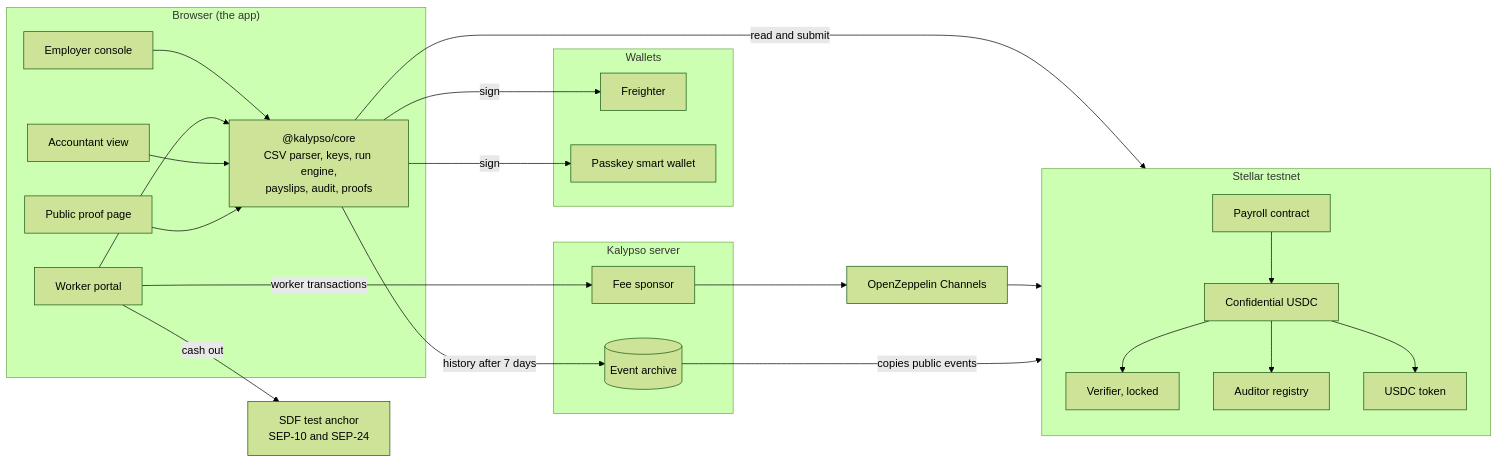
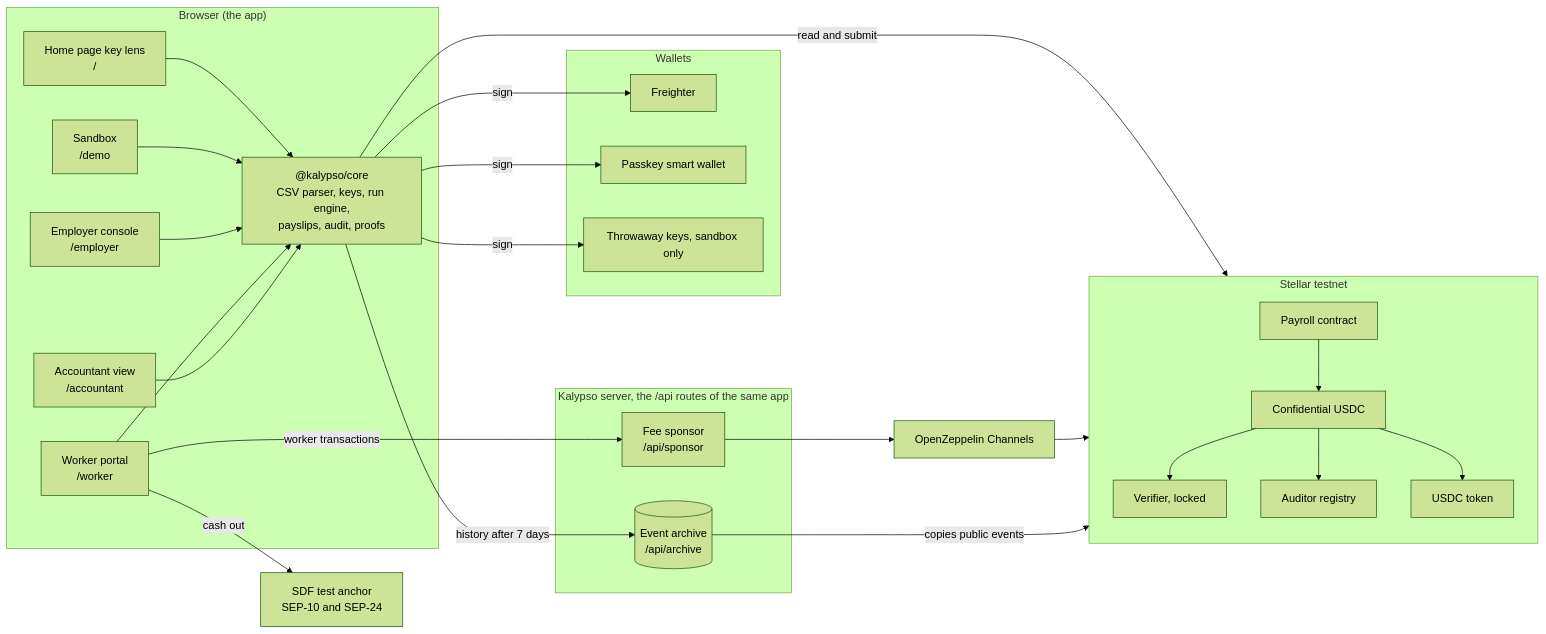
The first of 3 diagrams in ARCHITECTURE.md (ramakrishnanhulk20/Kalypso), drawn with Mermaid (forest theme) before and after one commit. The commit also changed other lines of this file and 253 other files, not shown here.

````diff
--- a/ARCHITECTURE.md
+++ b/ARCHITECTURE.md
@@ -17,44 +17,48 @@
 ```mermaid
 flowchart LR
   subgraph Browser["Browser (the app)"]
-    EC[Employer console]
-    WP[Worker portal]
-    AV[Accountant view]
-    PP[Public proof page]
+    KL["Home page key lens<br/>/"]
+    SB["Sandbox<br/>/demo"]
+    EC["Employer console<br/>/employer"]
+    WP["Worker portal<br/>/worker"]
+    AV["Accountant view<br/>/accountant"]
     CORE["@kalypso/core<br/>CSV parser, keys, run engine,<br/>payslips, audit, proofs"]
   end
   subgraph Wallets
     FR[Freighter]
     PK[Passkey smart wallet]
+    TW[Throwaway keys, sandbox only]
   end
-  subgraph Server["Kalypso server"]
-    SP[Fee sponsor]
-    AR[(Event archive)]
+  subgraph Server["Kalypso server, the /api routes of the same app"]
+    SP["Fee sponsor<br/>/api/sponsor"]
+    AR[("Event archive<br/>/api/archive")]
   end
   subgraph Stellar["Stellar testnet"]
     PAY[Payroll contract]
     TOK[Confidential USDC]
     VER[Verifier, locked]
     AUD[Auditor registry]
     USDC[USDC token]
   end
   CH[OpenZeppelin Channels]
   ANC[SDF test anchor<br/>SEP-10 and SEP-24]
 
+  KL --> CORE
+  SB --> CORE
   EC --> CORE
   WP --> CORE
   AV --> CORE
-  PP --> CORE
   CORE -- sign --> FR
   CORE -- sign --> PK
+  CORE -- sign --> TW
   CORE -- read and submit --> Stellar
   WP -- worker transactions --> SP
   SP --> CH --> Stellar
   AR -- copies public events --> Stellar
   CORE -- history after 7 days --> AR
   PAY --> TOK
   TOK --> VER
   TOK --> AUD
   TOK --> USDC
   WP -- cash out --> ANC
 ```
````
